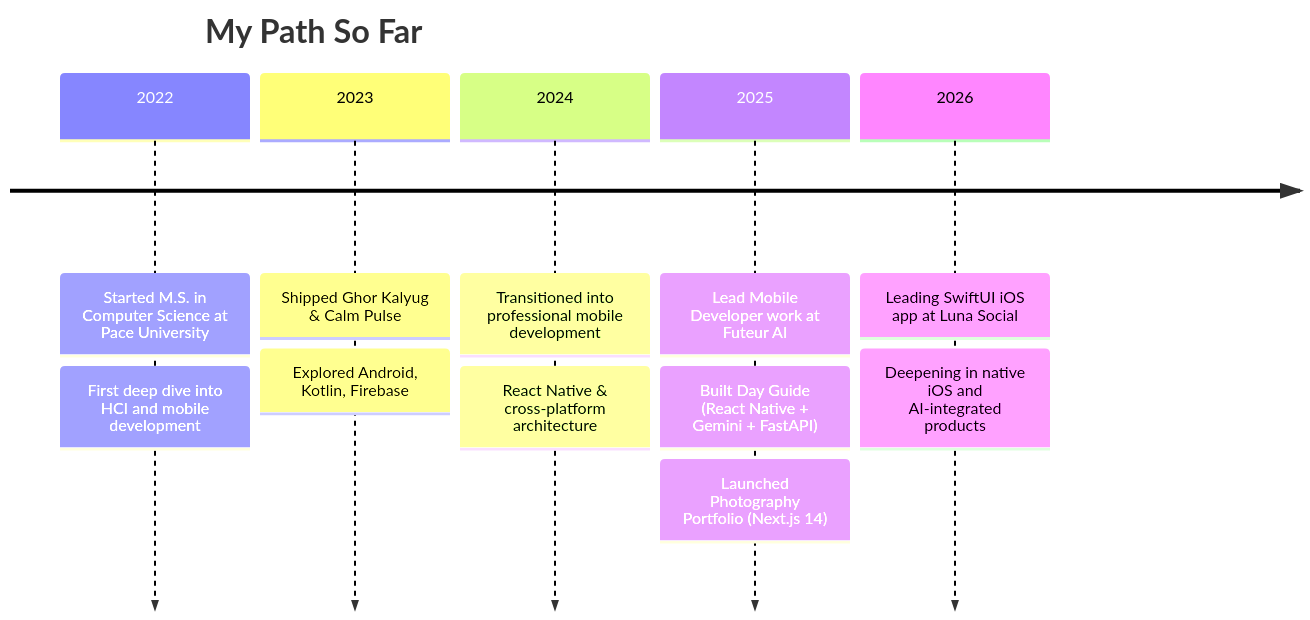
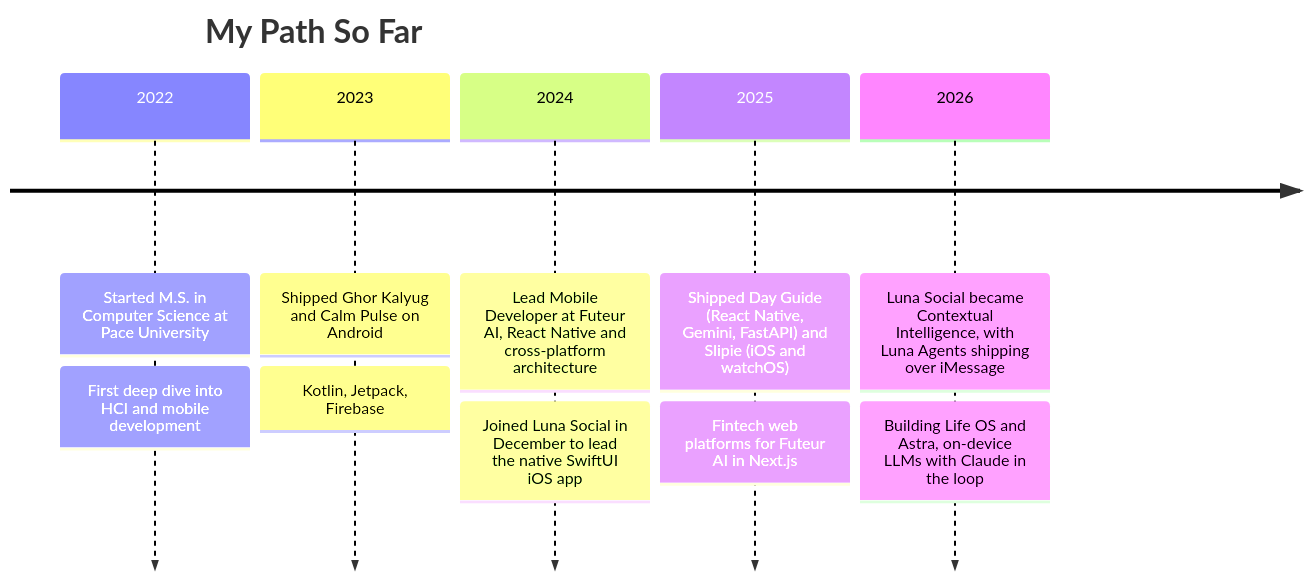
Before and after one commit to shivvyas2/shivvyas2: the diagram in README.md, drawn with Mermaid. The commit also changed other lines of this file, not shown here.

````diff
--- a/README.md
+++ b/README.md
@@ -34,15 +122,14 @@
 ```mermaid
 timeline
     title My Path So Far
     2022 : Started M.S. in Computer Science at Pace University
          : First deep dive into HCI and mobile development
-    2023 : Shipped Ghor Kalyug & Calm Pulse
-         : Explored Android, Kotlin, Firebase
-    2024 : Transitioned into professional mobile development
-         : React Native & cross-platform architecture
-    2025 : Lead Mobile Developer work at Futeur AI
-         : Built Day Guide (React Native + Gemini + FastAPI)
-         : Launched Photography Portfolio (Next.js 14)
-    2026 : Leading SwiftUI iOS app at Luna Social
-         : Deepening in native iOS and AI-integrated products
+    2023 : Shipped Ghor Kalyug and Calm Pulse on Android
+         : Kotlin, Jetpack, Firebase
+    2024 : Lead Mobile Developer at Futeur AI, React Native and cross-platform architecture
+         : Joined Luna Social in December to lead the native SwiftUI iOS app
+    2025 : Shipped Day Guide (React Native, Gemini, FastAPI) and Slipie (iOS and watchOS)
+         : Fintech web platforms for Futeur AI in Next.js
+    2026 : Luna Social became Contextual Intelligence, with Luna Agents shipping over iMessage
+         : Building Life OS and Astra, on-device LLMs with Claude in the loop
 ```
````
